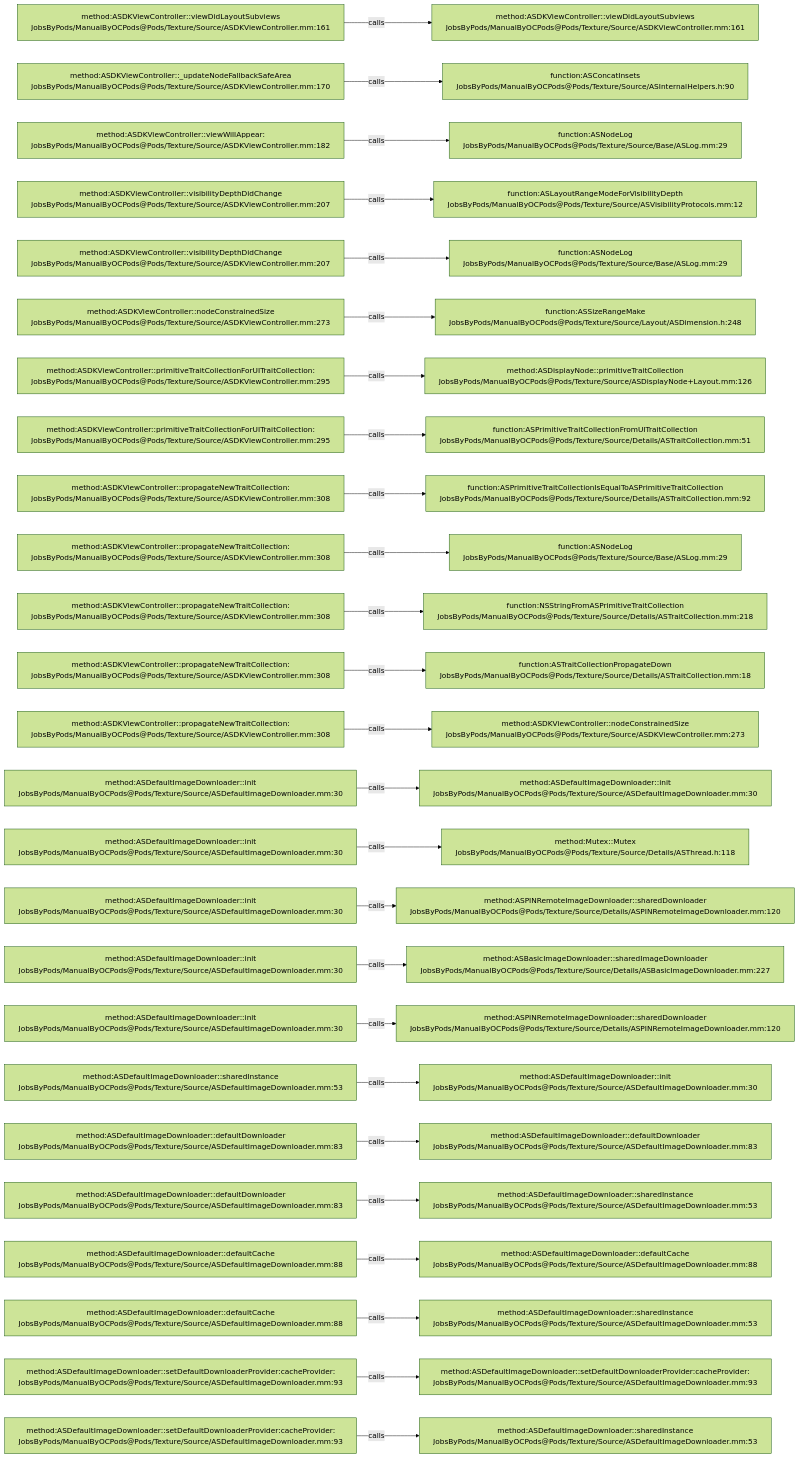
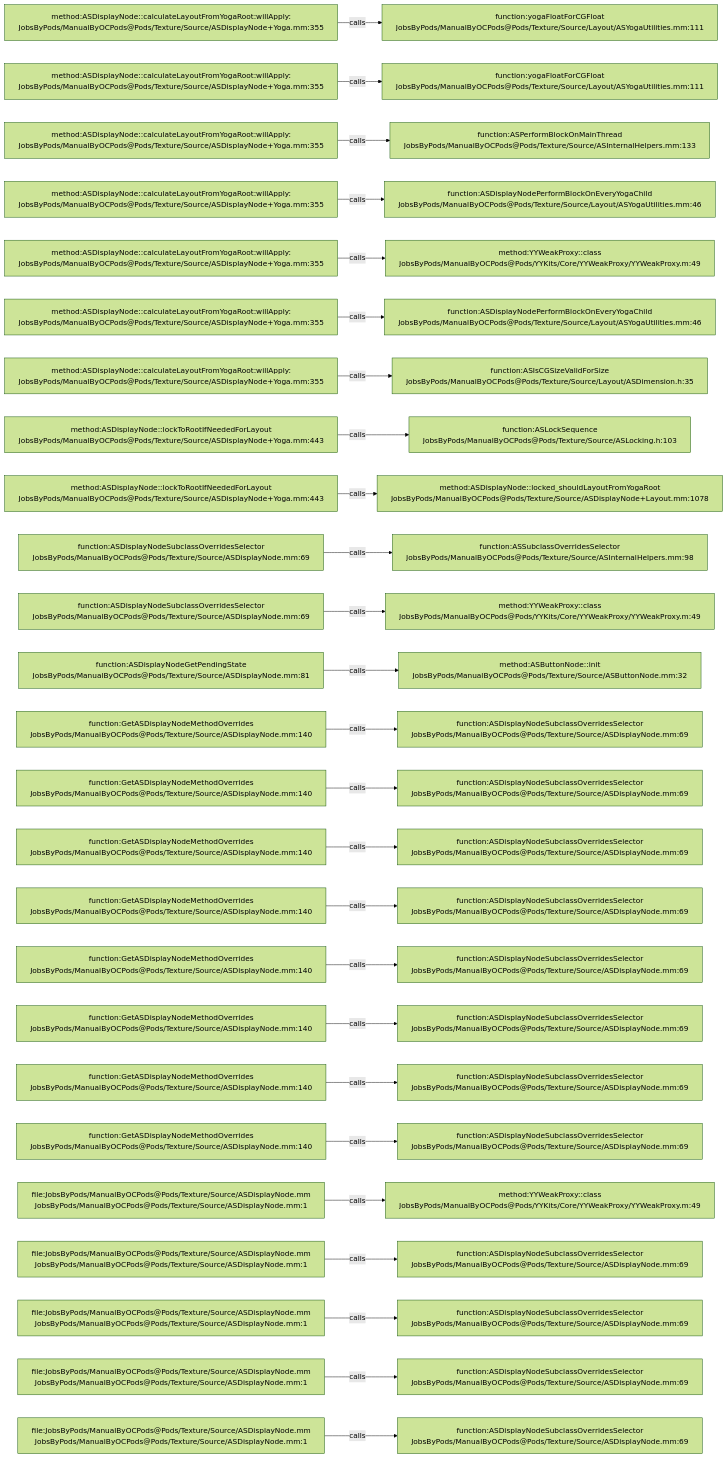
One commit to JobsKits/JobsOCBaseConfigDemo changed the diagram in .codegraph/codegraph.md/graphs/calls-081.md. Above: the diagram before and after it, drawn with Mermaid (forest theme). The commit also changed 2723 other files, not shown here.

````diff
--- a/.codegraph/codegraph.md/graphs/calls-081.md
+++ b/.codegraph/codegraph.md/graphs/calls-081.md
@@ -13,78 +13,78 @@
 ```mermaid
 flowchart LR
-  S1["method:ASDKViewController::viewDidLayoutSubviews<br/>JobsByPods/ManualByOCPods@Pods/Texture/Source/ASDKViewController.mm:161"]
-  T1["method:ASDKViewController::viewDidLayoutSubviews<br/>JobsByPods/ManualByOCPods@Pods/Texture/Source/ASDKViewController.mm:161"]
+  S1["method:ASDisplayNode::calculateLayoutFromYogaRoot:willApply:<br/>JobsByPods/ManualByOCPods@Pods/Texture/Source/ASDisplayNode+Yoga.mm:355"]
+  T1["function:yogaFloatForCGFloat<br/>JobsByPods/ManualByOCPods@Pods/Texture/Source/Layout/ASYogaUtilities.mm:111"]
   S1 -->|calls| T1
-  S2["method:ASDKViewController::_updateNodeFallbackSafeArea<br/>JobsByPods/ManualByOCPods@Pods/Texture/Source/ASDKViewController.mm:170"]
-  T2["function:ASConcatInsets<br/>JobsByPods/ManualByOCPods@Pods/Texture/Source/ASInternalHelpers.h:90"]
+  S2["method:ASDisplayNode::calculateLayoutFromYogaRoot:willApply:<br/>JobsByPods/ManualByOCPods@Pods/Texture/Source/ASDisplayNode+Yoga.mm:355"]
+  T2["function:yogaFloatForCGFloat<br/>JobsByPods/ManualByOCPods@Pods/Texture/Source/Layout/ASYogaUtilities.mm:111"]
   S2 -->|calls| T2
-  S3["method:ASDKViewController::viewWillAppear:<br/>JobsByPods/ManualByOCPods@Pods/Texture/Source/ASDKViewController.mm:182"]
-  T3["function:ASNodeLog<br/>JobsByPods/ManualByOCPods@Pods/Texture/Source/Base/ASLog.mm:29"]
+  S3["method:ASDisplayNode::calculateLayoutFromYogaRoot:willApply:<br/>JobsByPods/ManualByOCPods@Pods/Texture/Source/ASDisplayNode+Yoga.mm:355"]
+  T3["function:ASPerformBlockOnMainThread<br/>JobsByPods/ManualByOCPods@Pods/Texture/Source/ASInternalHelpers.mm:133"]
   S3 -->|calls| T3
-  S4["method:ASDKViewController::visibilityDepthDidChange<br/>JobsByPods/ManualByOCPods@Pods/Texture/Source/ASDKViewController.mm:207"]
-  T4["function:ASLayoutRangeModeForVisibilityDepth<br/>JobsByPods/ManualByOCPods@Pods/Texture/Source/ASVisibilityProtocols.mm:12"]
+  S4["method:ASDisplayNode::calculateLayoutFromYogaRoot:willApply:<br/>JobsByPods/ManualByOCPods@Pods/Texture/Source/ASDisplayNode+Yoga.mm:355"]
+  T4["function:ASDisplayNodePerformBlockOnEveryYogaChild<br/>JobsByPods/ManualByOCPods@Pods/Texture/Source/Layout/ASYogaUtilities.mm:46"]
   S4 -->|calls| T4
-  S5["method:ASDKViewController::visibilityDepthDidChange<br/>JobsByPods/ManualByOCPods@Pods/Texture/Source/ASDKViewController.mm:207"]
-  T5["function:ASNodeLog<br/>JobsByPods/ManualByOCPods@Pods/Texture/Source/Base/ASLog.mm:29"]
+  S5["method:ASDisplayNode::calculateLayoutFromYogaRoot:willApply:<br/>JobsByPods/ManualByOCPods@Pods/Texture/Source/ASDisplayNode+Yoga.mm:355"]
+  T5["method:YYWeakProxy::class<br/>JobsByPods/ManualByOCPods@Pods/YYKits/Core/YYWeakProxy/YYWeakProxy.m:49"]
   S5 -->|calls| T5
-  S6["method:ASDKViewController::nodeConstrainedSize<br/>JobsByPods/ManualByOCPods@Pods/Texture/Source/ASDKViewController.mm:273"]
-  T6["function:ASSizeRangeMake<br/>JobsByPods/ManualByOCPods@Pods/Texture/Source/Layout/ASDimension.h:248"]
+  S6["method:ASDisplayNode::calculateLayoutFromYogaRoot:willApply:<br/>JobsByPods/ManualByOCPods@Pods/Texture/Source/ASDisplayNode+Yoga.mm:355"]
+  T6["function:ASDisplayNodePerformBlockOnEveryYogaChild<br/>JobsByPods/ManualByOCPods@Pods/Texture/Source/Layout/ASYogaUtilities.mm:46"]
   S6 -->|calls| T6
-  S7["method:ASDKViewController::primitiveTraitCollectionForUITraitCollection:<br/>JobsByPods/ManualByOCPods@Pods/Texture/Source/ASDKViewController.mm:295"]
-  T7["method:ASDisplayNode::primitiveTraitCollection<br/>JobsByPods/ManualByOCPods@Pods/Texture/Source/ASDisplayNode+Layout.mm:126"]
+  S7["method:ASDisplayNode::calculateLayoutFromYogaRoot:willApply:<br/>JobsByPods/ManualByOCPods@Pods/Texture/Source/ASDisplayNode+Yoga.mm:355"]
+  T7["function:ASIsCGSizeValidForSize<br/>JobsByPods/ManualByOCPods@Pods/Texture/Source/Layout/ASDimension.h:35"]
   S7 -->|calls| T7
-  S8["method:ASDKViewController::primitiveTraitCollectionForUITraitCollection:<br/>JobsByPods/ManualByOCPods@Pods/Texture/Source/ASDKViewController.mm:295"]
-  T8["function:ASPrimitiveTraitCollectionFromUITraitCollection<br/>JobsByPods/ManualByOCPods@Pods/Texture/Source/Details/ASTraitCollection.mm:51"]
+  S8["method:ASDisplayNode::lockToRootIfNeededForLayout<br/>JobsByPods/ManualByOCPods@Pods/Texture/Source/ASDisplayNode+Yoga.mm:443"]
+  T8["function:ASLockSequence<br/>JobsByPods/ManualByOCPods@Pods/Texture/Source/ASLocking.h:103"]
   S8 -->|calls| T8
-  S9["method:ASDKViewController::propagateNewTraitCollection:<br/>JobsByPods/ManualByOCPods@Pods/Texture/Source/ASDKViewController.mm:308"]
-  T9["function:ASPrimitiveTraitCollectionIsEqualToASPrimitiveTraitCollection<br/>JobsByPods/ManualByOCPods@Pods/Texture/Source/Details/ASTraitCollection.mm:92"]
+  S9["method:ASDisplayNode::lockToRootIfNeededForLayout<br/>JobsByPods/ManualByOCPods@Pods/Texture/Source/ASDisplayNode+Yoga.mm:443"]
+  T9["method:ASDisplayNode::locked_shouldLayoutFromYogaRoot<br/>JobsByPods/ManualByOCPods@Pods/Texture/Source/ASDisplayNode+Layout.mm:1078"]
   S9 -->|calls| T9
-  S10["method:ASDKViewController::propagateNewTraitCollection:<br/>JobsByPods/ManualByOCPods@Pods/Texture/Source/ASDKViewController.mm:308"]
-  T10["function:ASNodeLog<br/>JobsByPods/ManualByOCPods@Pods/Texture/Source/Base/ASLog.mm:29"]
+  S10["function:ASDisplayNodeSubclassOverridesSelector<br/>JobsByPods/ManualByOCPods@Pods/Texture/Source/ASDisplayNode.mm:69"]
+  T10["function:ASSubclassOverridesSelector<br/>JobsByPods/ManualByOCPods@Pods/Texture/Source/ASInternalHelpers.mm:98"]
   S10 -->|calls| T10
-  S11["method:ASDKViewController::propagateNewTraitCollection:<br/>JobsByPods/ManualByOCPods@Pods/Texture/Source/ASDKViewController.mm:308"]
-  T11["function:NSStringFromASPrimitiveTraitCollection<br/>JobsByPods/ManualByOCPods@Pods/Texture/Source/Details/ASTraitCollection.mm:218"]
+  S11["function:ASDisplayNodeSubclassOverridesSelector<br/>JobsByPods/ManualByOCPods@Pods/Texture/Source/ASDisplayNode.mm:69"]
+  T11["method:YYWeakProxy::class<br/>JobsByPods/ManualByOCPods@Pods/YYKits/Core/YYWeakProxy/YYWeakProxy.m:49"]
   S11 -->|calls| T11
-  S12["method:ASDKViewController::propagateNewTraitCollection:<br/>JobsByPods/ManualByOCPods@Pods/Texture/Source/ASDKViewController.mm:308"]
-  T12["function:ASTraitCollectionPropagateDown<br/>JobsByPods/ManualByOCPods@Pods/Texture/Source/Details/ASTraitCollection.mm:18"]
+  S12["function:ASDisplayNodeGetPendingState<br/>JobsByPods/ManualByOCPods@Pods/Texture/Source/ASDisplayNode.mm:81"]
+  T12["method:ASButtonNode::init<br/>JobsByPods/ManualByOCPods@Pods/Texture/Source/ASButtonNode.mm:32"]
   S12 -->|calls| T12
-  S13["method:ASDKViewController::propagateNewTraitCollection:<br/>JobsByPods/ManualByOCPods@Pods/Texture/Source/ASDKViewController.mm:308"]
-  T13["method:ASDKViewController::nodeConstrainedSize<br/>JobsByPods/ManualByOCPods@Pods/Texture/Source/ASDKViewController.mm:273"]
+  S13["function:GetASDisplayNodeMethodOverrides<br/>JobsByPods/ManualByOCPods@Pods/Texture/Source/ASDisplayNode.mm:140"]
+  T13["function:ASDisplayNodeSubclassOverridesSelector<br/>JobsByPods/ManualByOCPods@Pods/Texture/Source/ASDisplayNode.mm:69"]
   S13 -->|calls| T13
-  S14["method:ASDefaultImageDownloader::init<br/>JobsByPods/ManualByOCPods@Pods/Texture/Source/ASDefaultImageDownloader.mm:30"]
-  T14["method:ASDefaultImageDownloader::init<br/>JobsByPods/ManualByOCPods@Pods/Texture/Source/ASDefaultImageDownloader.mm:30"]
+  S14["function:GetASDisplayNodeMethodOverrides<br/>JobsByPods/ManualByOCPods@Pods/Texture/Source/ASDisplayNode.mm:140"]
+  T14["function:ASDisplayNodeSubclassOverridesSelector<br/>JobsByPods/ManualByOCPods@Pods/Texture/Source/ASDisplayNode.mm:69"]
   S14 -->|calls| T14
-  S15["method:ASDefaultImageDownloader::init<br/>JobsByPods/ManualByOCPods@Pods/Texture/Source/ASDefaultImageDownloader.mm:30"]
-  T15["method:Mutex::Mutex<br/>JobsByPods/ManualByOCPods@Pods/Texture/Source/Details/ASThread.h:118"]
+  S15["function:GetASDisplayNodeMethodOverrides<br/>JobsByPods/ManualByOCPods@Pods/Texture/Source/ASDisplayNode.mm:140"]
+  T15["function:ASDisplayNodeSubclassOverridesSelector<br/>JobsByPods/ManualByOCPods@Pods/Texture/Source/ASDisplayNode.mm:69"]
   S15 -->|calls| T15
-  S16["method:ASDefaultImageDownloader::init<br/>JobsByPods/ManualByOCPods@Pods/Texture/Source/ASDefaultImageDownloader.mm:30"]
-  T16["method:ASPINRemoteImageDownloader::sharedDownloader<br/>JobsByPods/ManualByOCPods@Pods/Texture/Source/Details/ASPINRemoteImageDownloader.mm:120"]
+  S16["function:GetASDisplayNodeMethodOverrides<br/>JobsByPods/ManualByOCPods@Pods/Texture/Source/ASDisplayNode.mm:140"]
+  T16["function:ASDisplayNodeSubclassOverridesSelector<br/>JobsByPods/ManualByOCPods@Pods/Texture/Source/ASDisplayNode.mm:69"]
   S16 -->|calls| T16
-  S17["method:ASDefaultImageDownloader::init<br/>JobsByPods/ManualByOCPods@Pods/Texture/Source/ASDefaultImageDownloader.mm:30"]
-  T17["method:ASBasicImageDownloader::sharedImageDownloader<br/>JobsByPods/ManualByOCPods@Pods/Texture/Source/Details/ASBasicImageDownloader.mm:227"]
+  S17["function:GetASDisplayNodeMethodOverrides<br/>JobsByPods/ManualByOCPods@Pods/Texture/Source/ASDisplayNode.mm:140"]
+  T17["function:ASDisplayNodeSubclassOverridesSelector<br/>JobsByPods/ManualByOCPods@Pods/Texture/Source/ASDisplayNode.mm:69"]
   S17 -->|calls| T17
-  S18["method:ASDefaultImageDownloader::init<br/>JobsByPods/ManualByOCPods@Pods/Texture/Source/ASDefaultImageDownloader.mm:30"]
-  T18["method:ASPINRemoteImageDownloader::sharedDownloader<br/>JobsByPods/ManualByOCPods@Pods/Texture/Source/Details/ASPINRemoteImageDownloader.mm:120"]
+  S18["function:GetASDisplayNodeMethodOverrides<br/>JobsByPods/ManualByOCPods@Pods/Texture/Source/ASDisplayNode.mm:140"]
+  T18["function:ASDisplayNodeSubclassOverridesSelector<br/>JobsByPods/ManualByOCPods@Pods/Texture/Source/ASDisplayNode.mm:69"]
   S18 -->|calls| T18
-  S19["method:ASDefaultImageDownloader::sharedInstance<br/>JobsByPods/ManualByOCPods@Pods/Texture/Source/ASDefaultImageDownloader.mm:53"]
-  T19["method:ASDefaultImageDownloader::init<br/>JobsByPods/ManualByOCPods@Pods/Texture/Source/ASDefaultImageDownloader.mm:30"]
+  S19["function:GetASDisplayNodeMethodOverrides<br/>JobsByPods/ManualByOCPods@Pods/Texture/Source/ASDisplayNode.mm:140"]
+  T19["function:ASDisplayNodeSubclassOverridesSelector<br/>JobsByPods/ManualByOCPods@Pods/Texture/Source/ASDisplayNode.mm:69"]
   S19 -->|calls| T19
-  S20["method:ASDefaultImageDownloader::defaultDownloader<br/>JobsByPods/ManualByOCPods@Pods/Texture/Source/ASDefaultImageDownloader.mm:83"]
-  T20["method:ASDefaultImageDownloader::defaultDownloader<br/>JobsByPods/ManualByOCPods@Pods/Texture/Source/ASDefaultImageDownloader.mm:83"]
+  S20["function:GetASDisplayNodeMethodOverrides<br/>JobsByPods/ManualByOCPods@Pods/Texture/Source/ASDisplayNode.mm:140"]
+  T20["function:ASDisplayNodeSubclassOverridesSelector<br/>JobsByPods/ManualByOCPods@Pods/Texture/Source/ASDisplayNode.mm:69"]
   S20 -->|calls| T20
-  S21["method:ASDefaultImageDownloader::defaultDownloader<br/>JobsByPods/ManualByOCPods@Pods/Texture/Source/ASDefaultImageDownloader.mm:83"]
-  T21["method:ASDefaultImageDownloader::sharedInstance<br/>JobsByPods/ManualByOCPods@Pods/Texture/Source/ASDefaultImageDownloader.mm:53"]
+  S21["file:JobsByPods/ManualByOCPods@Pods/Texture/Source/ASDisplayNode.mm<br/>JobsByPods/ManualByOCPods@Pods/Texture/Source/ASDisplayNode.mm:1"]
+  T21["method:YYWeakProxy::class<br/>JobsByPods/ManualByOCPods@Pods/YYKits/Core/YYWeakProxy/YYWeakProxy.m:49"]
   S21 -->|calls| T21
-  S22["method:ASDefaultImageDownloader::defaultCache<br/>JobsByPods/ManualByOCPods@Pods/Texture/Source/ASDefaultImageDownloader.mm:88"]
-  T22["method:ASDefaultImageDownloader::defaultCache<br/>JobsByPods/ManualByOCPods@Pods/Texture/Source/ASDefaultImageDownloader.mm:88"]
+  S22["file:JobsByPods/ManualByOCPods@Pods/Texture/Source/ASDisplayNode.mm<br/>JobsByPods/ManualByOCPods@Pods/Texture/Source/ASDisplayNode.mm:1"]
+  T22["function:ASDisplayNodeSubclassOverridesSelector<br/>JobsByPods/ManualByOCPods@Pods/Texture/Source/ASDisplayNode.mm:69"]
   S22 -->|calls| T22
-  S23["method:ASDefaultImageDownloader::defaultCache<br/>JobsByPods/ManualByOCPods@Pods/Texture/Source/ASDefaultImageDownloader.mm:88"]
-  T23["method:ASDefaultImageDownloader::sharedInstance<br/>JobsByPods/ManualByOCPods@Pods/Texture/Source/ASDefaultImageDownloader.mm:53"]
+  S23["file:JobsByPods/ManualByOCPods@Pods/Texture/Source/ASDisplayNode.mm<br/>JobsByPods/ManualByOCPods@Pods/Texture/Source/ASDisplayNode.mm:1"]
+  T23["function:ASDisplayNodeSubclassOverridesSelector<br/>JobsByPods/ManualByOCPods@Pods/Texture/Source/ASDisplayNode.mm:69"]
   S23 -->|calls| T23
-  S24["method:ASDefaultImageDownloader::setDefaultDownloaderProvider:cacheProvider:<br/>JobsByPods/ManualByOCPods@Pods/Texture/Source/ASDefaultImageDownloader.mm:93"]
-  T24["method:ASDefaultImageDownloader::setDefaultDownloaderProvider:cacheProvider:<br/>JobsByPods/ManualByOCPods@Pods/Texture/Source/ASDefaultImageDownloader.mm:93"]
+  S24["file:JobsByPods/ManualByOCPods@Pods/Texture/Source/ASDisplayNode.mm<br/>JobsByPods/ManualByOCPods@Pods/Texture/Source/ASDisplayNode.mm:1"]
+  T24["function:ASDisplayNodeSubclassOverridesSelector<br/>JobsByPods/ManualByOCPods@Pods/Texture/Source/ASDisplayNode.mm:69"]
   S24 -->|calls| T24
-  S25["method:ASDefaultImageDownloader::setDefaultDownloaderProvider:cacheProvider:<br/>JobsByPods/ManualByOCPods@Pods/Texture/Source/ASDefaultImageDownloader.mm:93"]
-  T25["method:ASDefaultImageDownloader::sharedInstance<br/>JobsByPods/ManualByOCPods@Pods/Texture/Source/ASDefaultImageDownloader.mm:53"]
+  S25["file:JobsByPods/ManualByOCPods@Pods/Texture/Source/ASDisplayNode.mm<br/>JobsByPods/ManualByOCPods@Pods/Texture/Source/ASDisplayNode.mm:1"]
+  T25["function:ASDisplayNodeSubclassOverridesSelector<br/>JobsByPods/ManualByOCPods@Pods/Texture/Source/ASDisplayNode.mm:69"]
   S25 -->|calls| T25
 ```
````
